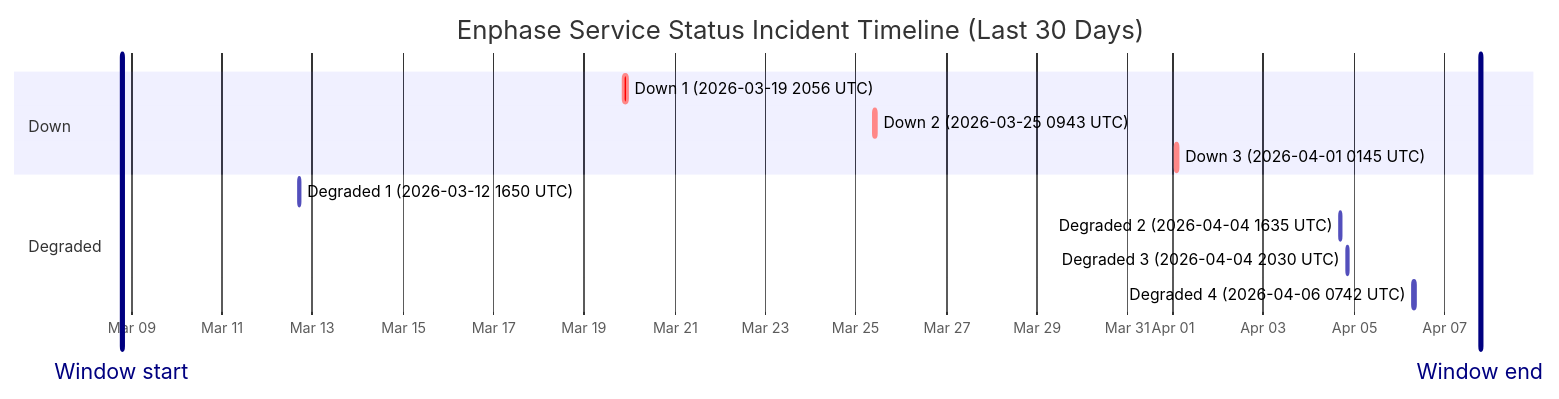
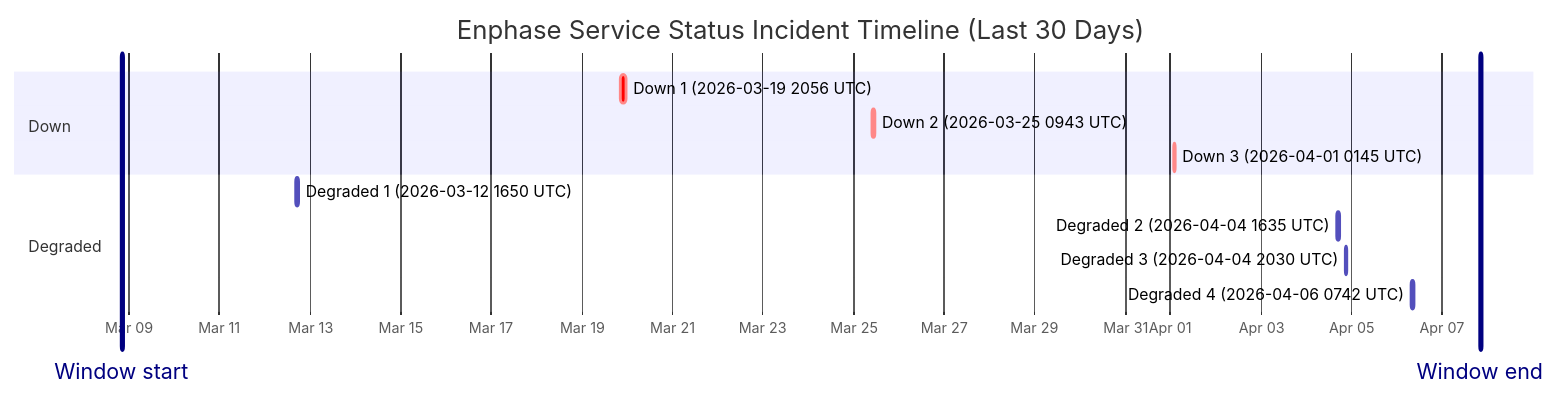
The diagram in wiki/Service-Status-History.md (barneyonline/ha-enphase-ev-charger), drawn with Mermaid before and after one commit. The commit also changed other lines of this file and 3 other files, not shown here.

````diff
--- a/wiki/Service-Status-History.md
+++ b/wiki/Service-Status-History.md
@@ -14,17 +14,17 @@
 ```mermaid
 gantt
     title Enphase Service Status Incident Timeline (Last 30 Days)
     dateFormat  YYYY-MM-DDTHH:mm:ss
     axisFormat  %b %d
-    Window start :vert, window-start, 2026-03-08T19:02:20, 0ms
-    Window end :vert, window-end, 2026-04-07T19:02:20, 0ms
+    Window start :vert, window-start, 2026-03-08T20:05:46, 0ms
+    Window end :vert, window-end, 2026-04-07T20:05:46, 0ms
     section Down
     Down 1 (2026-03-19 2056 UTC) :crit, down-1, 2026-03-19T20:56:20, 145m
     Down 2 (2026-03-25 0943 UTC) :crit, down-2, 2026-03-25T09:43:28, 111m
     Down 3 (2026-04-01 0145 UTC) :crit, down-3, 2026-04-01T01:45:09, 60m
     section Degraded
     Degraded 1 (2026-03-12 1650 UTC) :active, degraded-1, 2026-03-12T16:50:43, 60m
     Degraded 2 (2026-04-04 1635 UTC) :active, degraded-2, 2026-04-04T16:35:17, 60m
     Degraded 3 (2026-04-04 2030 UTC) :active, degraded-3, 2026-04-04T20:30:40, 60m
     Degraded 4 (2026-04-06 0742 UTC) :active, degraded-4, 2026-04-06T07:42:09, 85m
 ```
````
